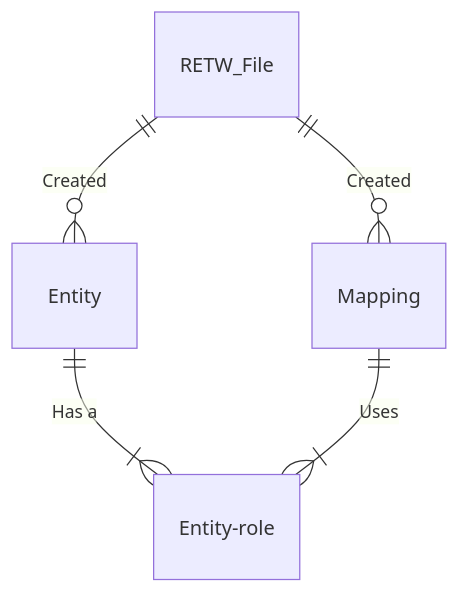
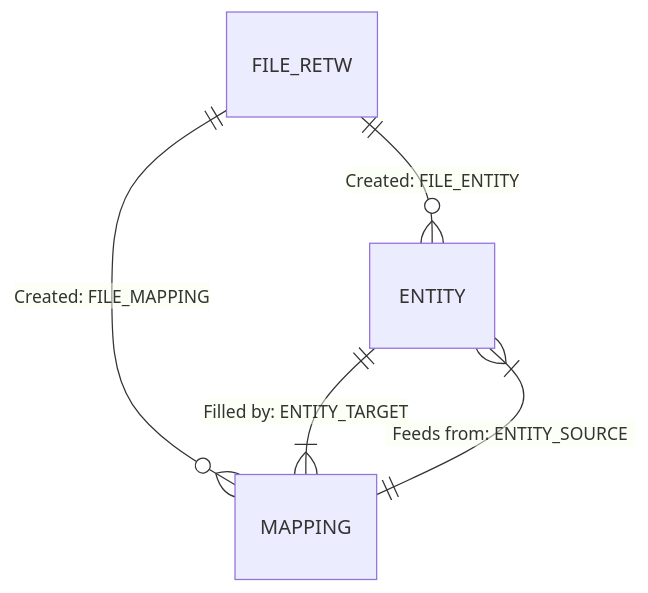
Before and after one commit to mark-me/mapping-dependencies: the first of 3 diagrams in README.md, drawn with Mermaid. The commit also changed other lines of this file, not shown here.

Commit message:
Rewired nodes

````diff
--- a/README.md
+++ b/README.md
@@ -20,7 +15,7 @@
 ```mermaid
 erDiagram
-Entity ||--|{ Entity-role: "Has a"
-Mapping ||--|{ Entity-role: "Uses"
-RETW_File ||--o{ Mapping: "Created"
-RETW_File ||--o{ Entity: "Created"
+ENTITY ||--|{ MAPPING: "Filled by: ENTITY_TARGET"
+MAPPING ||--|{ ENTITY: "Feeds from: ENTITY_SOURCE"
+FILE_RETW ||--o{ MAPPING: "Created: FILE_MAPPING"
+FILE_RETW ||--o{ ENTITY: "Created: FILE_ENTITY"
 ```
````
